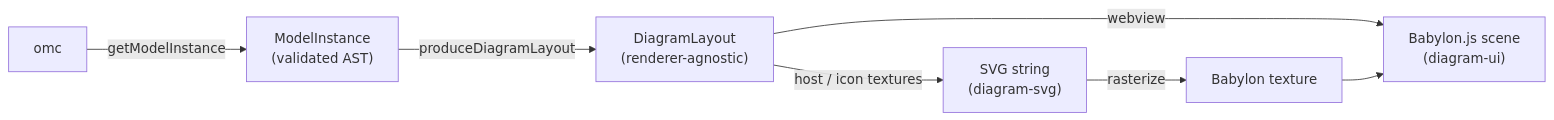
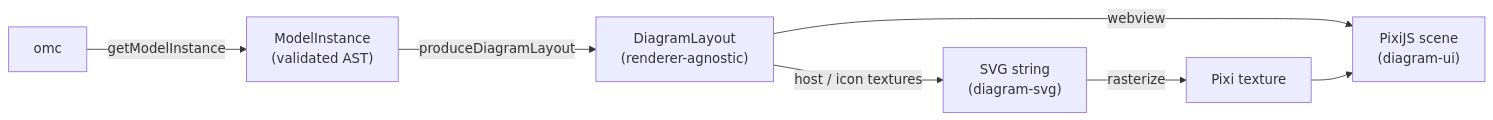
Before and after one commit to dicode-ayo/modelica-wrapper: the first of 2 diagrams in docs/diagram-rendering.md, drawn with Mermaid. The commit also changed other lines of this file and 3 other files, not shown here.

First line of the commit message:
docs: describe the PixiJS v8 renderer instead of Babylon.js

````diff
--- a/docs/diagram-rendering.md
+++ b/docs/diagram-rendering.md
@@ -11,9 +11,9 @@
 ```mermaid
 flowchart LR
     O["omc"] -->|getModelInstance| MI["ModelInstance<br/>(validated AST)"]
     MI -->|produceDiagramLayout| DL["DiagramLayout<br/>(renderer-agnostic)"]
-    DL -->|"webview"| BJS["Babylon.js scene<br/>(diagram-ui)"]
+    DL -->|"webview"| BJS["PixiJS scene<br/>(diagram-ui)"]
     DL -->|"host / icon textures"| SVG["SVG string<br/>(diagram-svg)"]
-    SVG -->|rasterize| TEX["Babylon texture"]
+    SVG -->|rasterize| TEX["Pixi texture"]
     TEX --> BJS
 ```
````
